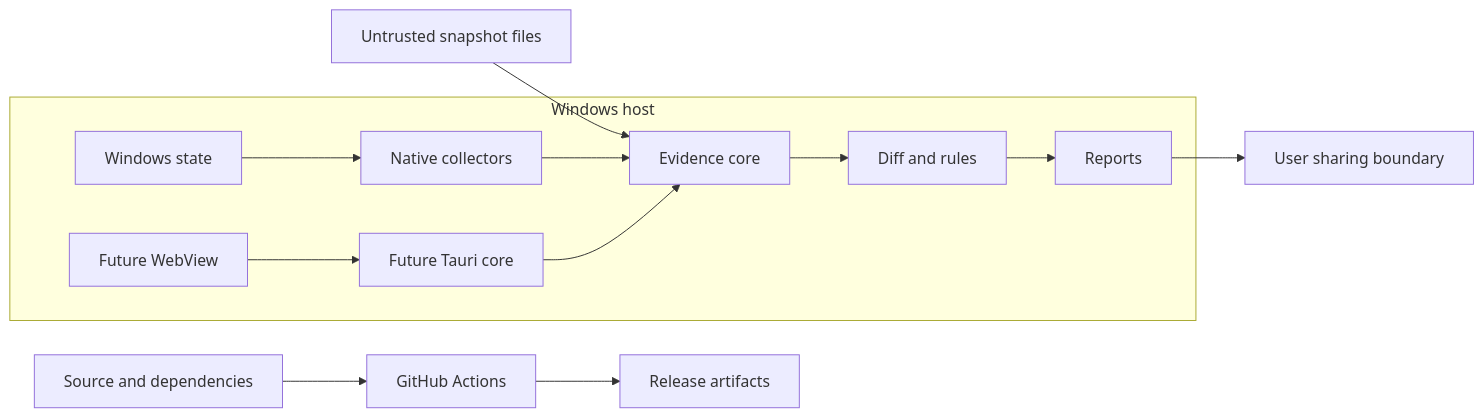
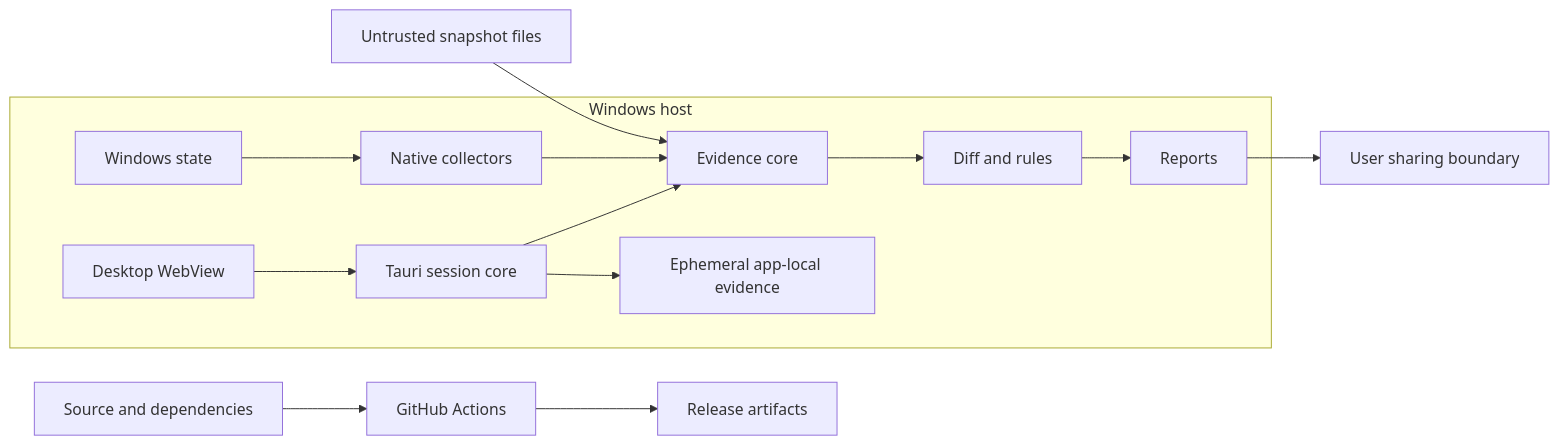
One commit to XiaojuCH/SystemDiff changed the diagram in docs/threat-model.md. Above: the diagram before and after it, drawn with Mermaid. The commit also changed other lines of this file and 45 other files, not shown here.

````diff
--- a/docs/threat-model.md
+++ b/docs/threat-model.md
@@ -64,22 +65,24 @@
 ```mermaid
 flowchart LR
     subgraph Host["Windows host"]
         OS["Windows state"]
         WIN["Native collectors"]
         CORE["Evidence core"]
         DIFF["Diff and rules"]
         REPORT["Reports"]
-        UI["Future WebView"]
-        TAURI["Future Tauri core"]
+        UI["Desktop WebView"]
+        TAURI["Tauri session core"]
+        TEMP["Ephemeral app-local evidence"]
     end
     FILES["Untrusted snapshot files"] --> CORE
     OS --> WIN
     WIN --> CORE
     CORE --> DIFF
     DIFF --> REPORT
     UI --> TAURI
     TAURI --> CORE
+    TAURI --> TEMP
     REPORT --> SHARE["User sharing boundary"]
     SOURCE["Source and dependencies"] --> CI["GitHub Actions"]
     CI --> BIN["Release artifacts"]
 ```
````
